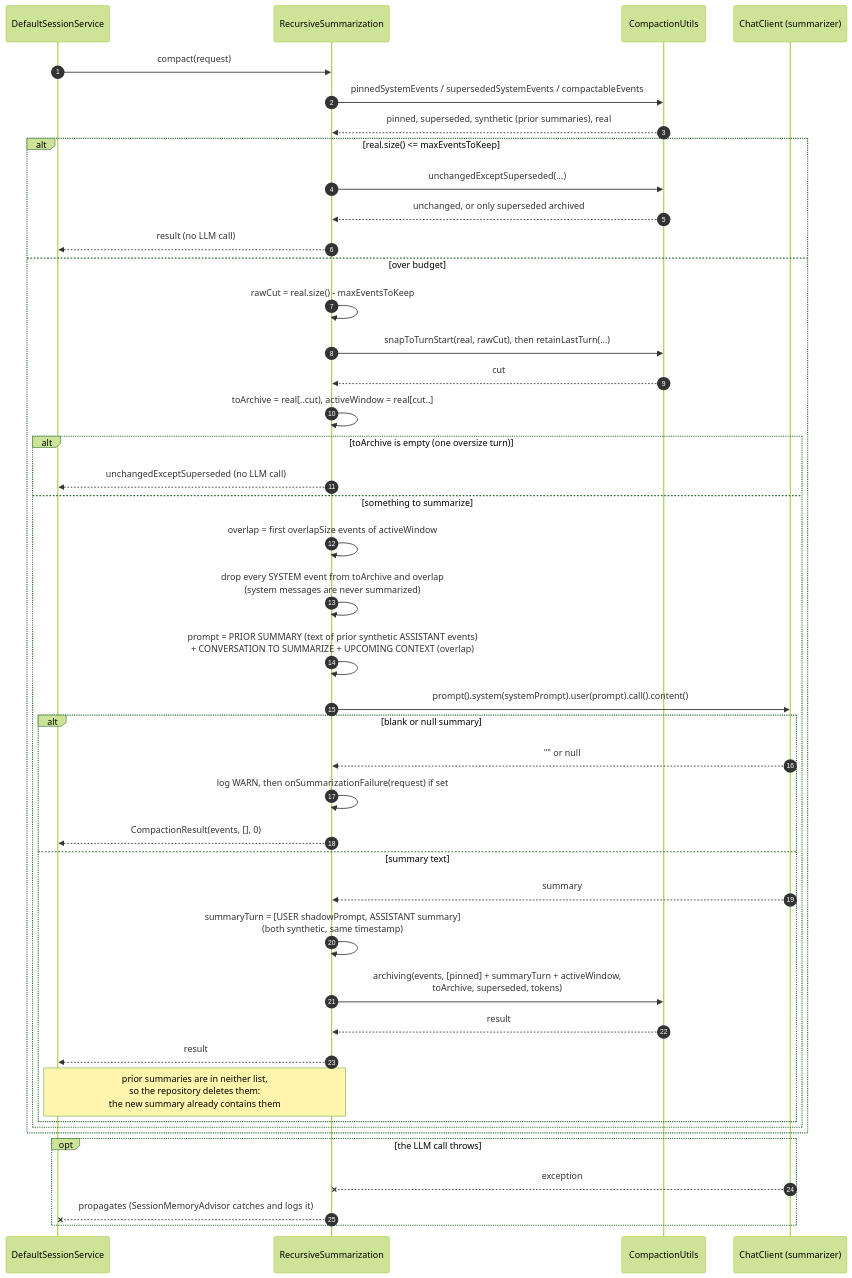
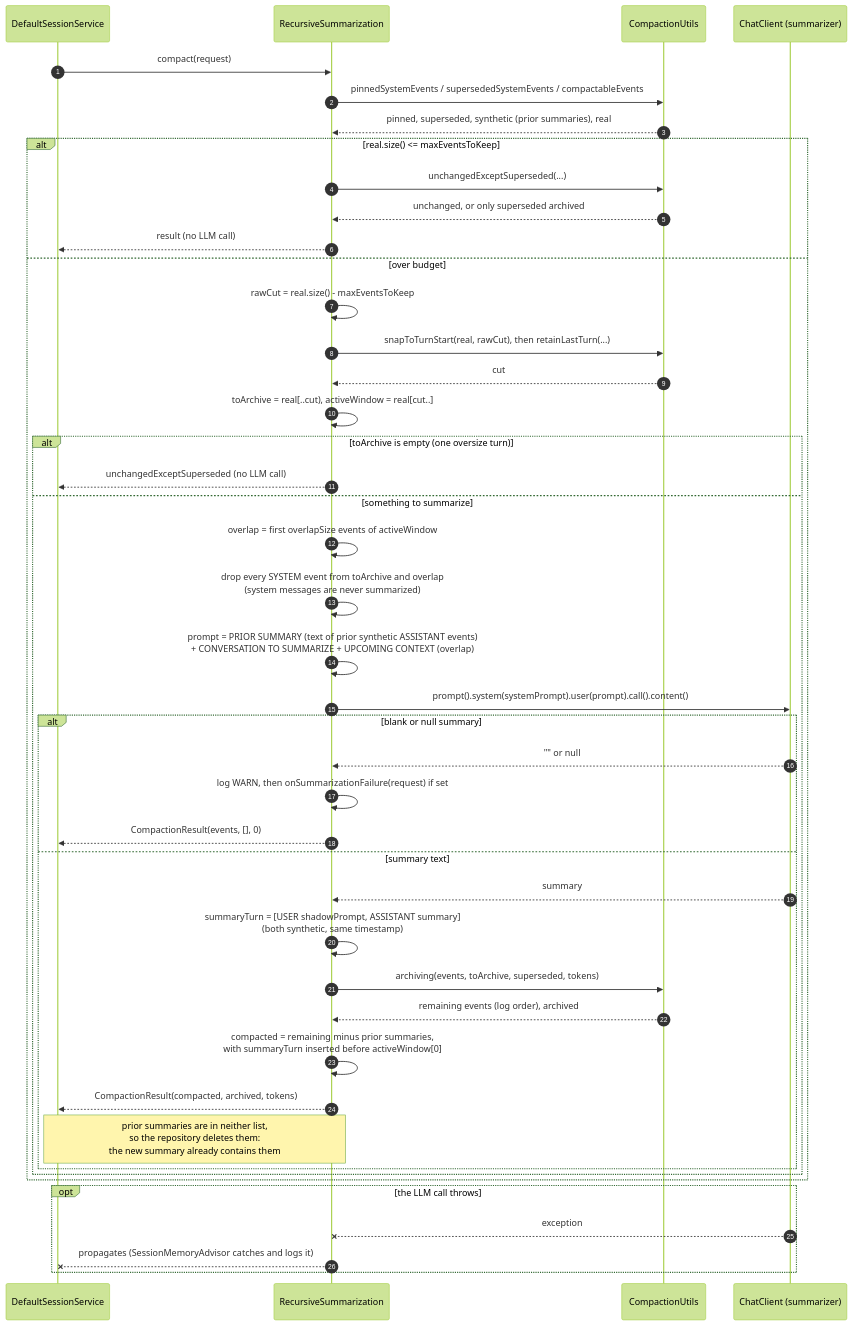
One commit to andotorg/spring-ai-session changed the sixth of 7 diagrams in docs/session-management/compaction-internals.md. Above: the diagram before and after it, drawn with Mermaid (forest theme). The commit also changed other lines of this file and 22 other files, not shown here.

First line of the commit message:
Keep the event log order during compaction (#56)

````diff
--- a/docs/session-management/compaction-internals.md
+++ b/docs/session-management/compaction-internals.md
@@ -293,46 +293,47 @@
 ```mermaid
 sequenceDiagram
     autonumber
     participant Caller as DefaultSessionService
     participant R as RecursiveSummarization
     participant U as CompactionUtils
     participant LLM as ChatClient (summarizer)
 
     Caller->>R: compact(request)
     R->>U: pinnedSystemEvents / supersededSystemEvents / compactableEvents
     U-->>R: pinned, superseded, synthetic (prior summaries), real
     alt real.size() <= maxEventsToKeep
         R->>U: unchangedExceptSuperseded(...)
         U-->>R: unchanged, or only superseded archived
         R-->>Caller: result (no LLM call)
     else over budget
         R->>R: rawCut = real.size() - maxEventsToKeep
         R->>U: snapToTurnStart(real, rawCut), then retainLastTurn(...)
         U-->>R: cut
         R->>R: toArchive = real[..cut), activeWindow = real[cut..]
         alt toArchive is empty (one oversize turn)
             R-->>Caller: unchangedExceptSuperseded (no LLM call)
         else something to summarize
             R->>R: overlap = first overlapSize events of activeWindow
             R->>R: drop every SYSTEM event from toArchive and overlap<br/>(system messages are never summarized)
             R->>R: prompt = PRIOR SUMMARY (text of prior synthetic ASSISTANT events)<br/>+ CONVERSATION TO SUMMARIZE + UPCOMING CONTEXT (overlap)
             R->>LLM: prompt().system(systemPrompt).user(prompt).call().content()
             alt blank or null summary
                 LLM-->>R: "" or null
                 R->>R: log WARN, then onSummarizationFailure(request) if set
                 R-->>Caller: CompactionResult(events, [], 0)
             else summary text
                 LLM-->>R: summary
                 R->>R: summaryTurn = [USER shadowPrompt, ASSISTANT summary]<br/>(both synthetic, same timestamp)
-                R->>U: archiving(events, [pinned] + summaryTurn + activeWindow,<br/>toArchive, superseded, tokens)
-                U-->>R: result
-                R-->>Caller: result
+                R->>U: archiving(events, toArchive, superseded, tokens)
+                U-->>R: remaining events (log order), archived
+                R->>R: compacted = remaining minus prior summaries,<br/>with summaryTurn inserted before activeWindow[0]
+                R-->>Caller: CompactionResult(compacted, archived, tokens)
                 Note over R,Caller: prior summaries are in neither list,<br/>so the repository deletes them:<br/>the new summary already contains them
             end
         end
     end
     opt the LLM call throws
         LLM--xR: exception
         R--xCaller: propagates (SessionMemoryAdvisor catches and logs it)
     end
 ```
````
